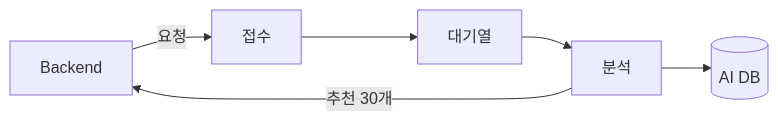
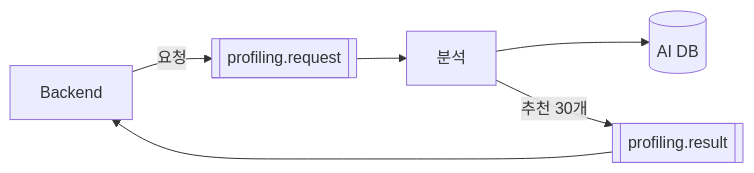
Before and after one commit to 100-hours-a-week/KTB4-12th-AI: the diagram in profiling/README.md, drawn with Mermaid. The commit also changed other lines of this file and 103 other files, not shown here.

````diff
--- a/profiling/README.md
+++ b/profiling/README.md
@@ -9,8 +9,8 @@
 ```mermaid
 flowchart LR
-    BE[Backend] -->|요청| IN[접수]
-    IN --> Q[대기열]
-    Q --> P[분석]
+    BE[Backend] -->|요청| RQ[[profiling.request]]
+    RQ --> P[분석]
     P --> DB[(AI DB)]
-    P -->|추천 30개| BE
+    P -->|추천 30개| RS[[profiling.result]]
+    RS --> BE
 ```
````
